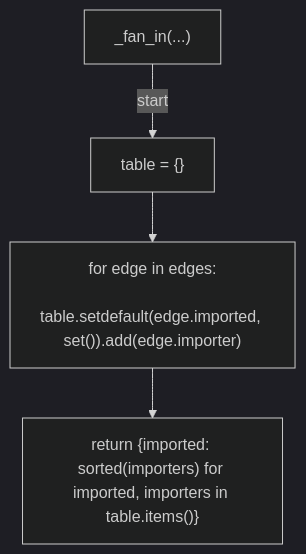
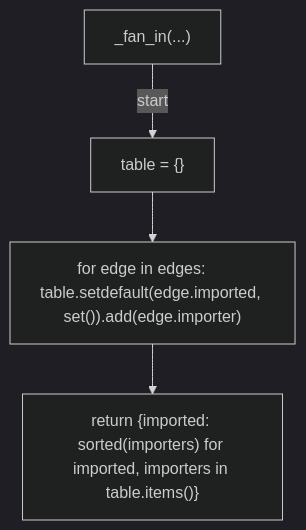
The sixth of 13 diagrams in docs/generated/scripts/ast/script_dependency_graph.md (tvna/claude-md), drawn with Mermaid (dark theme) before and after one commit. The commit also changed other lines of this file and 23 other files, not shown here.

First line of the commit message:
docs(generated): regenerate decision tree and workflow diagrams (batch 4/5)

````diff
--- a/docs/generated/scripts/ast/script_dependency_graph.md
+++ b/docs/generated/scripts/ast/script_dependency_graph.md
@@ -80,11 +72,10 @@
 ```mermaid
 flowchart TD
     N001["_fan_in(...)"]
     N002["table = {}"]
-    N003["for edge in edges:
-    table.setdefault(edge.imported, set()).add(edge.importer)"]
+    N003["for edge in edges:     table.setdefault(edge.imported, set()).add(edge.importer)"]
     N004["return {imported: sorted(importers) for imported, importers in table.items()}"]
     N001 -->|"start"| N002
     N002 --> N003
     N003 --> N004
 ```
````
